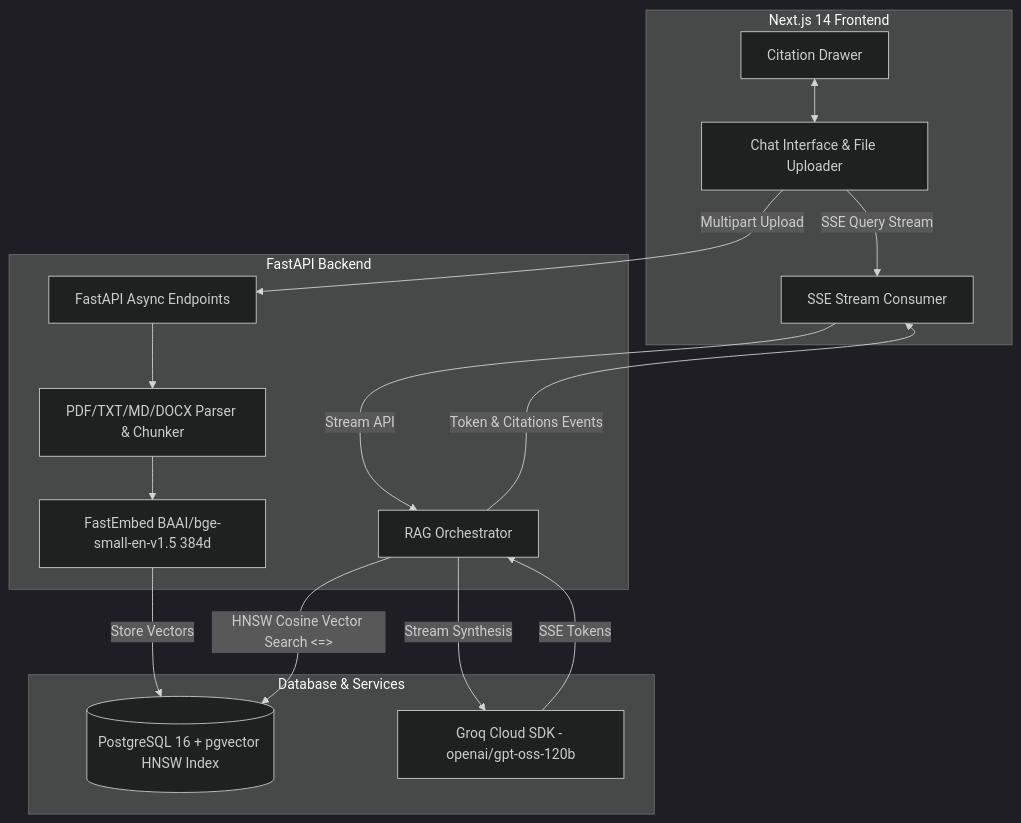
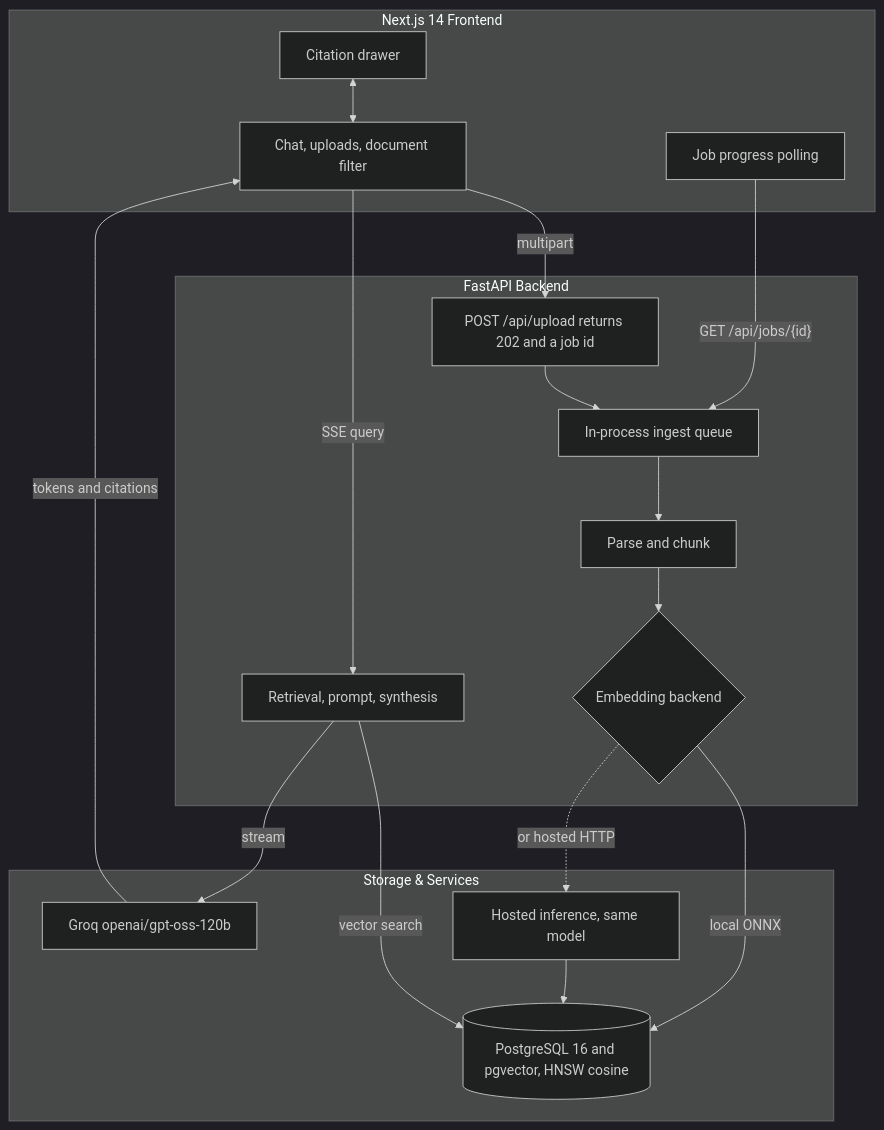
One commit to Karan67/rag-powered-ai-search-and-synthesis-engine changed the diagram in README.md. Above: the diagram before and after it, drawn with Mermaid (dark theme). The commit also changed other lines of this file and 4 other files, not shown here.

````diff
--- a/README.md
+++ b/README.md
@@ -15,32 +37,36 @@
 ```mermaid
 flowchart TD
     subgraph Client["Next.js 14 Frontend"]
-        UI[Chat Interface & File Uploader]
-        SSE[SSE Stream Consumer]
-        Drawer[Citation Drawer]
+        UI["Chat, uploads, document filter"]
+        Poll["Job progress polling"]
+        Drawer["Citation drawer"]
     end
 
     subgraph API["FastAPI Backend"]
-        Endpoint[FastAPI Async Endpoints]
-        Parser[PDF/TXT/MD/DOCX Parser & Chunker]
-        FastEmbed[FastEmbed BAAI/bge-small-en-v1.5 384d]
-        Engine[RAG Orchestrator]
+        Upload["POST /api/upload returns 202 and a job id"]
+        Queue["In-process ingest queue"]
+        Parser["Parse and chunk"]
+        Embed{"Embedding backend"}
+        Engine["Retrieval, prompt, synthesis"]
     end
 
-    subgraph Data["Database & Services"]
-        PgVector[(PostgreSQL 16 + pgvector HNSW Index)]
-        Groq[Groq Cloud SDK - openai/gpt-oss-120b]
+    subgraph Data["Storage & Services"]
+        PgVector[("PostgreSQL 16 and pgvector, HNSW cosine")]
+        Groq["Groq openai/gpt-oss-120b"]
+        Hosted["Hosted inference, same model"]
     end
 
-    UI -->|Multipart Upload| Endpoint
-    UI -->|SSE Query Stream| SSE
-    Endpoint --> Parser
-    Parser --> FastEmbed
-    FastEmbed -->|Store Vectors| PgVector
-    SSE -->|Stream API| Engine
-    Engine -->|HNSW Cosine Vector Search <=>| PgVector
-    Engine -->|Stream Synthesis| Groq
-    Groq -->|SSE Tokens| Engine
-    Engine -->|Token & Citations Events| SSE
+    UI -->|"multipart"| Upload
+    Upload --> Queue
+    Queue --> Parser
+    Parser --> Embed
+    Embed -->|"local ONNX"| PgVector
+    Embed -.->|"or hosted HTTP"| Hosted
+    Hosted --> PgVector
+    Poll -->|"GET /api/jobs/{id}"| Queue
+    UI -->|"SSE query"| Engine
+    Engine -->|"vector search"| PgVector
+    Engine -->|"stream"| Groq
+    Groq -->|"tokens and citations"| UI
     Drawer <--> UI
 ```
````
